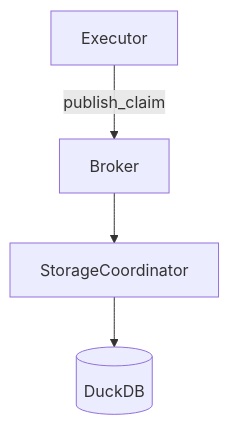
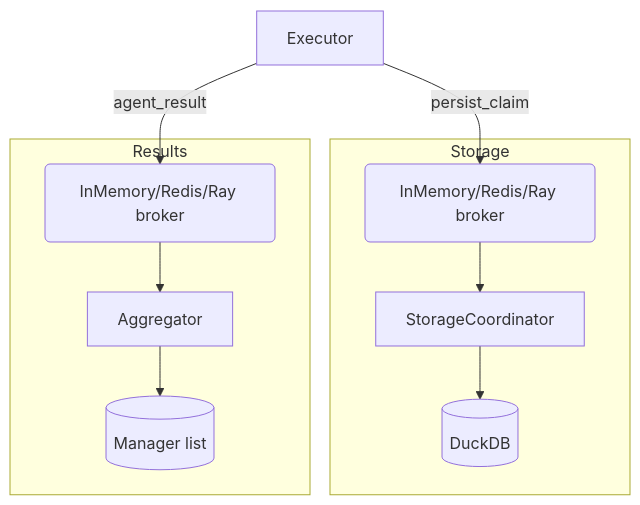
One commit to ravenoak/autoresearch changed the diagram in docs/specs/distributed.md. Above: the diagram before and after it, drawn with Mermaid. The commit also changed other lines of this file and 2 other files, not shown here.

````diff
--- a/docs/specs/distributed.md
+++ b/docs/specs/distributed.md
@@ -101,6 +116,15 @@
 ```mermaid
 flowchart TD
-    Executor -->|publish_claim| Broker
-    Broker --> StorageCoordinator
-    StorageCoordinator --> DuckDB[(DuckDB)]
+    subgraph Storage
+        Broker1(InMemory/Redis/Ray broker)
+        Broker1 --> StorageCoordinator
+        StorageCoordinator --> DuckDB[(DuckDB)]
+    end
+    subgraph Results
+        Broker2(InMemory/Redis/Ray broker)
+        Broker2 --> Aggregator
+        Aggregator --> ParentState[(Manager list)]
+    end
+    Executor -->|persist_claim| Broker1
+    Executor -->|agent_result| Broker2
 ```
````
